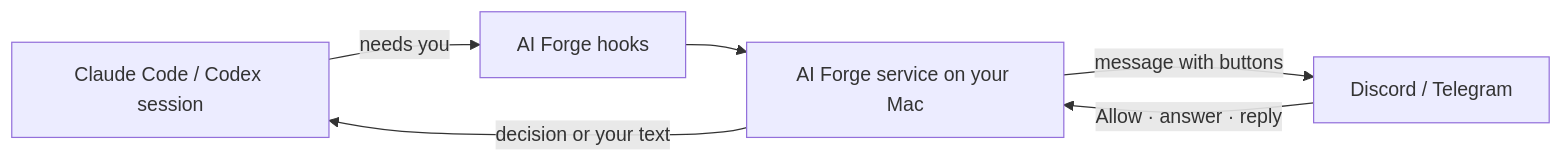
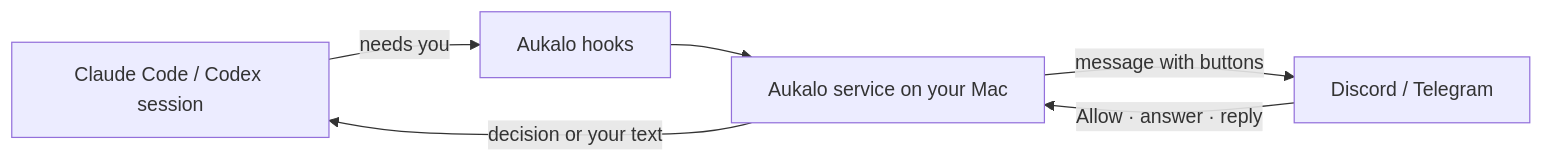
One commit to dzotyara/ai-forge changed the diagram in README.md. Above: the diagram before and after it, drawn with Mermaid. The commit also changed other lines of this file and 107 other files, not shown here.

First line of the commit message:
Rename AI Forge to Aukalo 2.0.0

````diff
--- a/README.md
+++ b/README.md
@@ -118,8 +120,8 @@
 ```mermaid
 flowchart LR
-  A["Claude Code / Codex session"] -- "needs you" --> B["AI Forge hooks"]
-  B --> C["AI Forge service on your Mac"]
+  A["Claude Code / Codex session"] -- "needs you" --> B["Aukalo hooks"]
+  B --> C["Aukalo service on your Mac"]
   C -- "message with buttons" --> D["Discord / Telegram"]
   D -- "Allow · answer · reply" --> C
   C -- "decision or your text" --> A
 ```
````
